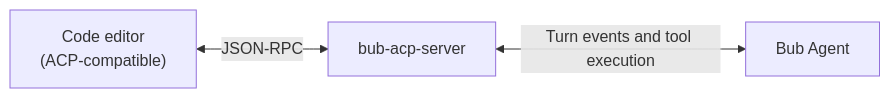
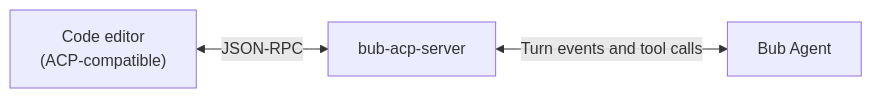
One commit to bubbuild/bub changed the diagram in website/src/content/docs/docs/integrations/acp.mdx. Above: the diagram before and after it, drawn with Mermaid. The commit also changed other lines of this file and 74 other files, not shown here.

````diff
--- a/website/src/content/docs/docs/integrations/acp.mdx
+++ b/website/src/content/docs/docs/integrations/acp.mdx
@@ -12,9 +12,9 @@
 ```mermaid
 flowchart LR
-    IDE["Code editor\n (ACP-compatible)"]
+    IDE["Code editor\n(ACP-compatible)"]
     Server["bub-acp-server"]
     Bub["Bub Agent"]
 
     IDE <-->|"JSON-RPC"| Server
-    Server <-->|"Turn events and tool execution"| Bub
+    Server <-->|"Turn events and tool calls"| Bub
 ```
````
